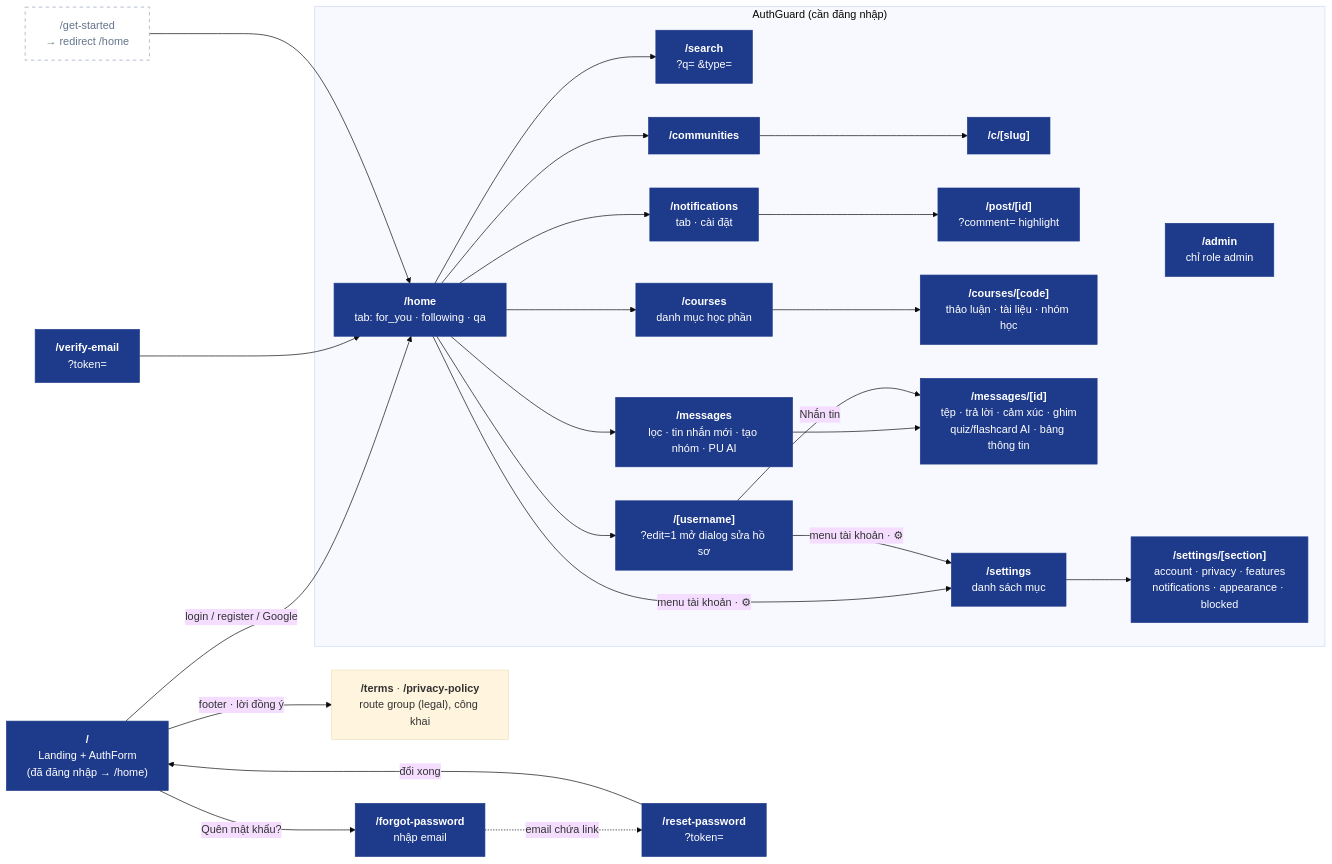
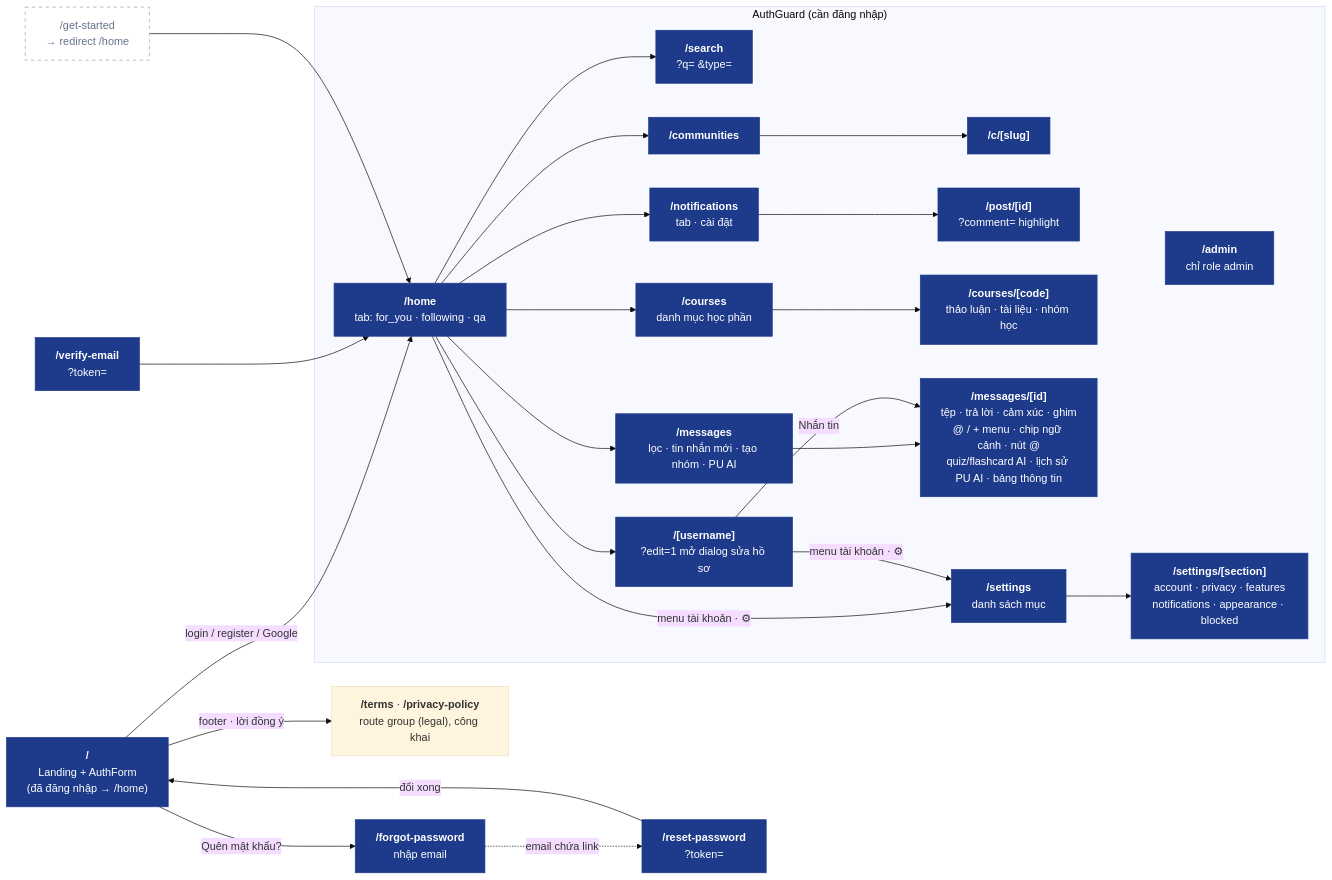
The first of 2 diagrams in docs/diagrams/07-web-app.md (nhatcoi/pu-connect), drawn with Mermaid (base theme) before and after one commit. The commit also changed other lines of this file and 6 other files, not shown here.

Commit message:
docs(chat): document mentions, AI threads, skills, connectors; regenerate ERD

````diff
--- a/docs/diagrams/07-web-app.md
+++ b/docs/diagrams/07-web-app.md
@@ -7,48 +7,48 @@
 ```mermaid
 flowchart LR
   landing["<b>/</b><br/>Landing + AuthForm<br/>(đã đăng nhập → /home)"]
   verify["<b>/verify-email</b><br/>?token="]
   forgot["<b>/forgot-password</b><br/>nhập email"]
   reset["<b>/reset-password</b><br/>?token="]
   getstarted["/get-started<br/>→ redirect /home"]
   legal["<b>/terms</b> · <b>/privacy-policy</b><br/>route group (legal), công khai"]
 
   subgraph guarded["AuthGuard (cần đăng nhập)"]
     home["<b>/home</b><br/>tab: for_you · following · qa"]
     search["<b>/search</b><br/>?q= &type="]
     comms["<b>/communities</b>"]
     comm["<b>/c/[slug]</b>"]
     profile["<b>/[username]</b><br/>?edit=1 mở dialog sửa hồ sơ"]
     notif["<b>/notifications</b><br/>tab · cài đặt"]
     post["<b>/post/[id]</b><br/>?comment= highlight"]
     courses["<b>/courses</b><br/>danh mục học phần"]
     course["<b>/courses/[code]</b><br/>thảo luận · tài liệu · nhóm học"]
     msgs["<b>/messages</b><br/>lọc · tin nhắn mới · tạo nhóm · PU AI"]
-    thread["<b>/messages/[id]</b><br/>tệp · trả lời · cảm xúc · ghim<br/>quiz/flashcard AI · bảng thông tin"]
+    thread["<b>/messages/[id]</b><br/>tệp · trả lời · cảm xúc · ghim<br/>@ / + menu · chip ngữ cảnh · nút @<br/>quiz/flashcard AI · lịch sử PU AI · bảng thông tin"]
     adminp["<b>/admin</b><br/>chỉ role admin"]
     settings["<b>/settings</b><br/>danh sách mục"]
     settingsec["<b>/settings/[section]</b><br/>account · privacy · features<br/>notifications · appearance · blocked"]
   end
 
   landing -->|login / register / Google| home
   landing -->|footer · lời đồng ý| legal
   verify --> home
   landing -->|Quên mật khẩu?| forgot
   forgot -.->|email chứa link| reset
   reset -->|đổi xong| landing
   getstarted --> home
   home --> search & comms & profile & notif
   notif --> post
   comms --> comm
   home --> courses & msgs
   courses --> course
   msgs --> thread
   profile -->|Nhắn tin| thread
   home & profile -->|menu tài khoản · ⚙| settings
   settings --> settingsec
 
   classDef page fill:#1e3a8a,stroke:#1e3a8a,color:#fff
   classDef redirect fill:#fff,stroke:#94a3b8,color:#64748b,stroke-dasharray:5 5
   class landing,verify,forgot,reset,home,search,comms,comm,profile,notif,post,courses,course,msgs,thread,adminp,settings,settingsec page
   class getstarted redirect
 ```
````
